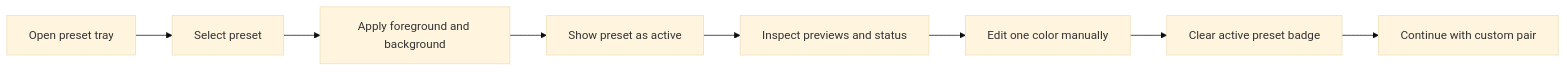
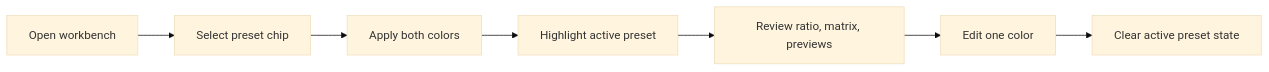
One commit to superiority-claw-agent/contrast-workbench-spark-0606 changed the third of 6 diagrams in docs/ux/ux-spec.md. Above: the diagram before and after it, drawn with Mermaid (base theme). The commit also changed other lines of this file and 26 other files, not shown here.

````diff
--- a/docs/ux/ux-spec.md
+++ b/docs/ux/ux-spec.md
@@ -24,10 +45,9 @@
 ```mermaid
 flowchart LR
-    A[Open preset tray] --> B[Select preset]
-    B --> C[Apply foreground and background]
-    C --> D[Show preset as active]
-    D --> E[Inspect previews and status]
-    E --> F[Edit one color manually]
-    F --> G[Clear active preset badge]
-    G --> H[Continue with custom pair]
+    A[Open workbench] --> B[Select preset chip]
+    B --> C[Apply both colors]
+    C --> D[Highlight active preset]
+    D --> E[Review ratio, matrix, previews]
+    E --> F[Edit one color]
+    F --> G[Clear active preset state]
 ```
````
